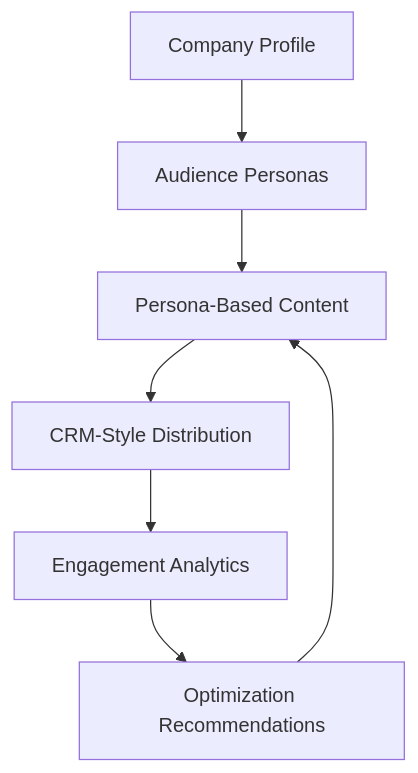
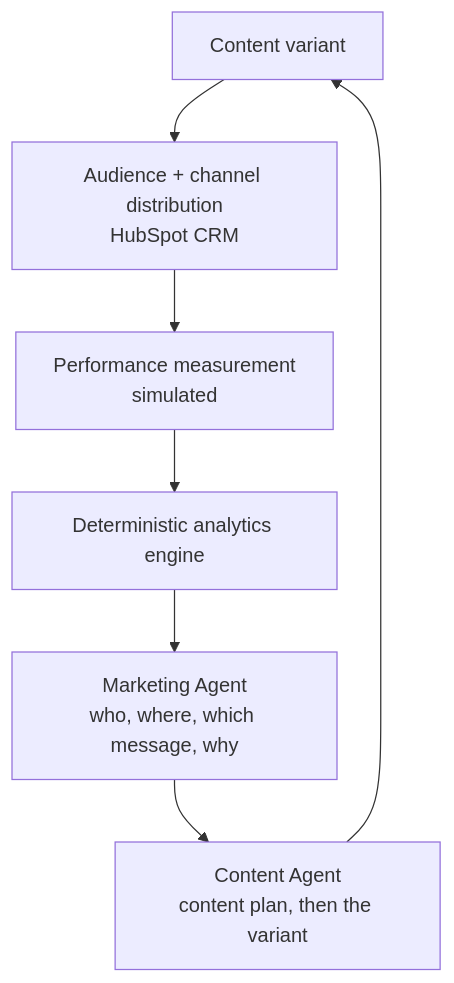
Before and after one commit to shivagoel5/signalloop: the diagram in README.md, drawn with Mermaid. The commit also changed other lines of this file and 20 other files, not shown here.

First line of the commit message:
Redesign SignalLoop around a Marketing Agent and a Content Agent

````diff
--- a/README.md
+++ b/README.md
@@ -13,9 +13,9 @@
 ```mermaid
 flowchart TD
-    A[Company Profile] --> B[Audience Personas]
-    B --> C[Persona-Based Content]
-    C --> D[CRM-Style Distribution]
-    D --> E[Engagement Analytics]
-    E --> F[Optimization Recommendations]
-    F --> C
+    A[Content variant] --> B[Audience + channel distribution<br/>HubSpot CRM]
+    B --> C[Performance measurement<br/>simulated]
+    C --> D[Deterministic analytics engine]
+    D --> E[Marketing Agent<br/>who, where, which message, why]
+    E --> F[Content Agent<br/>content plan, then the variant]
+    F --> A
 ```
````
